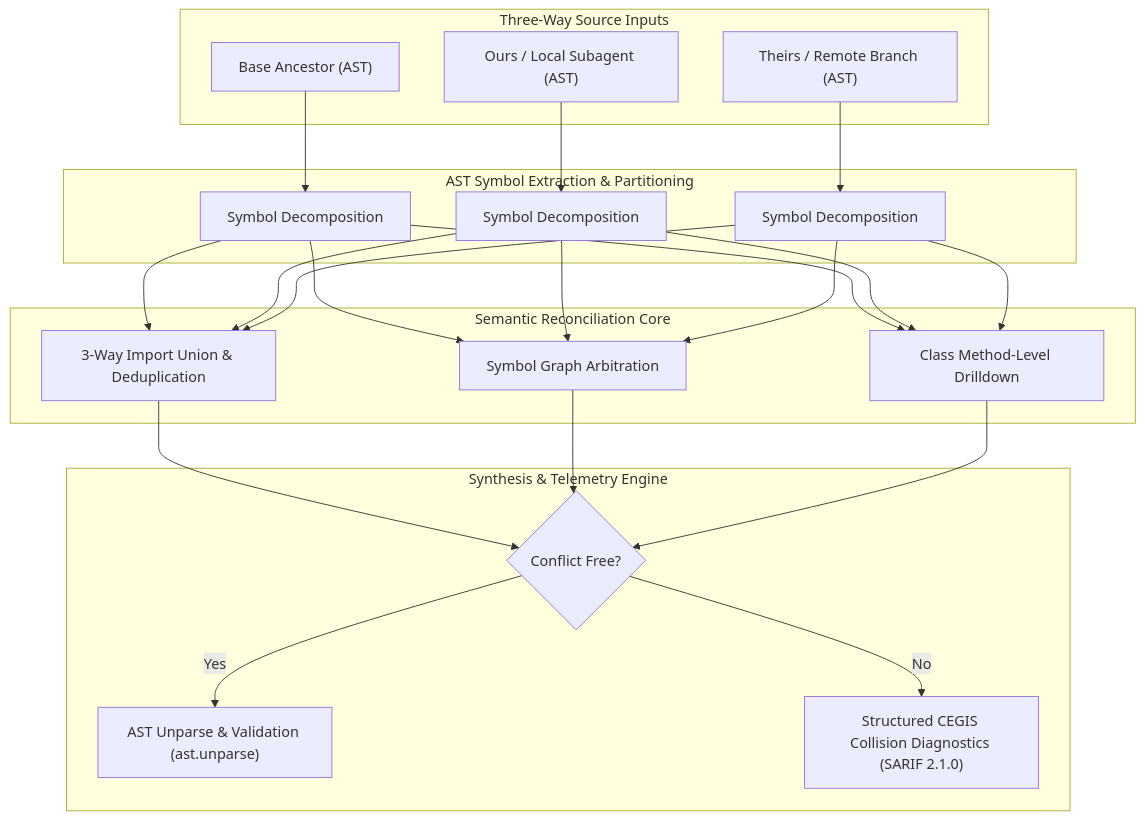
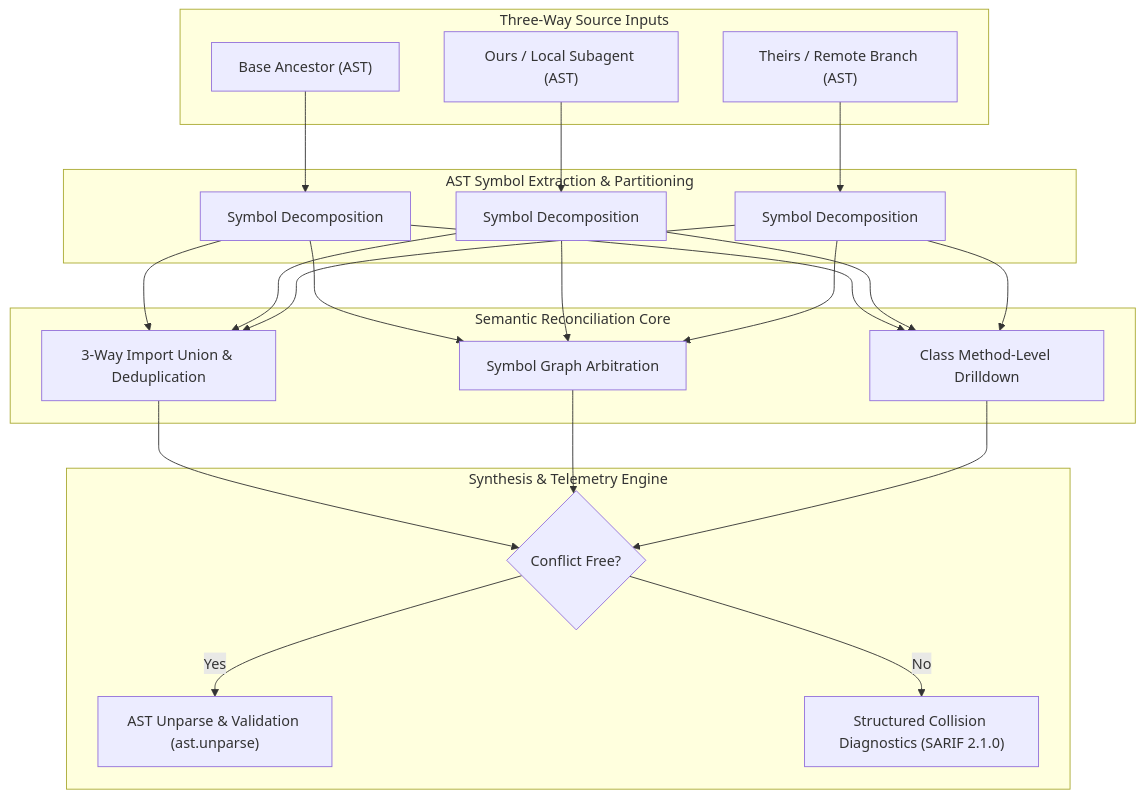
One commit to dan-petty/vibes changed the diagram in examples/ast-semantic-reconciler/README.md. Above: the diagram before and after it, drawn with Mermaid. The commit also changed other lines of this file and 248 other files, not shown here.

````diff
--- a/examples/ast-semantic-reconciler/README.md
+++ b/examples/ast-semantic-reconciler/README.md
@@ -24,26 +24,26 @@
 ```mermaid
 flowchart TD
     subgraph "Three-Way Source Inputs"
         B["Base Ancestor (AST)"]
         O["Ours / Local Subagent (AST)"]
         T["Theirs / Remote Branch (AST)"]
     end
 
     subgraph "AST Symbol Extraction & Partitioning"
         B --> EB["Symbol Decomposition"]
         O --> EO["Symbol Decomposition"]
         T --> ET["Symbol Decomposition"]
     end
 
     subgraph "Semantic Reconciliation Core"
         EB & EO & ET --> IR["3-Way Import Union & Deduplication"]
         EB & EO & ET --> SA["Symbol Graph Arbitration"]
         EB & EO & ET --> MR["Class Method-Level Drilldown"]
     end
 
     subgraph "Synthesis & Telemetry Engine"
         IR & SA & MR --> CC{"Conflict Free?"}
         CC -- "Yes" --> CG["AST Unparse & Validation (ast.unparse)"]
-        CC -- "No" --> CR["Structured CEGIS Collision Diagnostics (SARIF 2.1.0)"]
+        CC -- "No" --> CR["Structured Collision Diagnostics (SARIF 2.1.0)"]
     end
 ```
````
